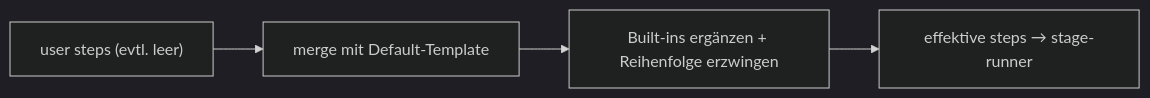
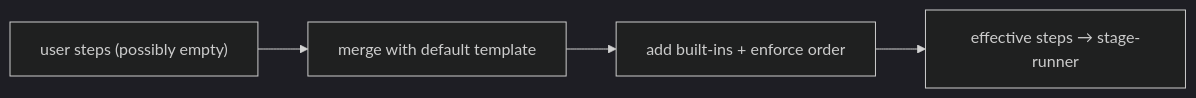
Before and after one commit to chafoo/anchored: the diagram in docs/core/engine/scope/resolve-steps.md, drawn with Mermaid (dark theme). The commit also changed other lines of this file and 131 other files, not shown here.

````diff
--- a/docs/core/engine/scope/resolve-steps.md
+++ b/docs/core/engine/scope/resolve-steps.md
@@ -23,6 +23,6 @@
 ```mermaid
 flowchart LR
-    u["user steps (evtl. leer)"] --> m["merge mit Default-Template"]
-    m --> n["Built-ins ergänzen + Reihenfolge erzwingen"]
-    n --> e["effektive steps → stage-runner"]
+    u["user steps (possibly empty)"] --> m["merge with default template"]
+    m --> n["add built-ins + enforce order"]
+    n --> e["effective steps → stage-runner"]
 ```
````
